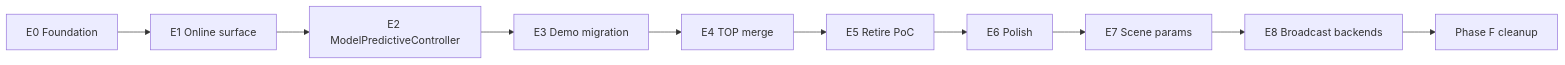
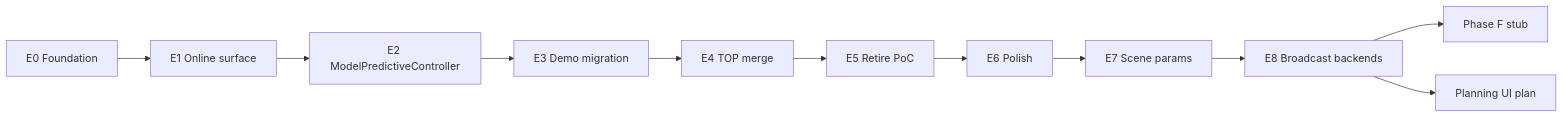
Before and after one commit to alx87grd/minilink: the diagram in docs/plans/mpc-rh-refactor/phases.md, drawn with Mermaid. The commit also changed other lines of this file and 4 other files, not shown here.

First line of the commit message:
docs(planning): land UI simplification plan and correct Phase F stub

````diff
--- a/docs/plans/mpc-rh-refactor/phases.md
+++ b/docs/plans/mpc-rh-refactor/phases.md
@@ -50,15 +50,16 @@
 ```mermaid
 flowchart LR
   E0[E0 Foundation]
   E1[E1 Online surface]
   E2[E2 ModelPredictiveController]
   E3[E3 Demo migration]
   E4[E4 TOP merge]
   E5[E5 Retire PoC]
   E6[E6 Polish]
   E7[E7 Scene params]
   E8[E8 Broadcast backends]
 
-  E0 --> E1 --> E2 --> E3 --> E4 --> E5 -->   E6 --> E7 --> E8
-  E8 --> F[Phase F cleanup]
+  E0 --> E1 --> E2 --> E3 --> E4 --> E5 --> E6 --> E7 --> E8
+  E8 --> F[Phase F stub]
+  E8 --> UI[Planning UI plan]
 ```
````
